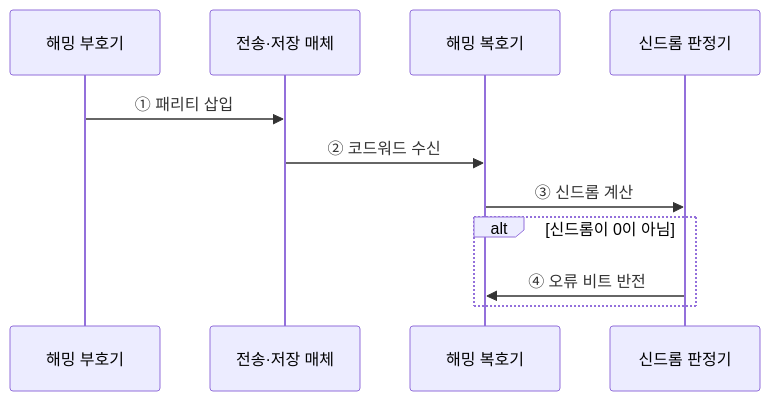
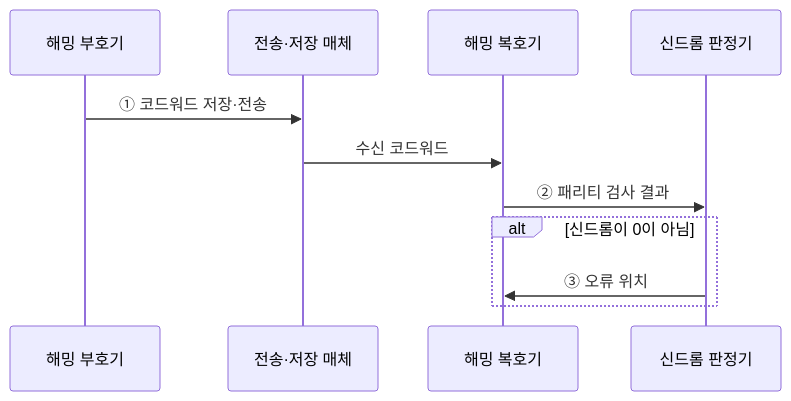
One commit to agnusdei1207/knowledge-base changed the third of 3 diagrams in src/content/docs/notes/01-basic-theory/028_hamming_code.md. Above: the diagram before and after it, drawn with Mermaid. The commit also changed other lines of this file and 11 other files, not shown here.

````diff
--- a/src/content/docs/notes/01-basic-theory/028_hamming_code.md
+++ b/src/content/docs/notes/01-basic-theory/028_hamming_code.md
@@ -108,13 +91,13 @@
 ```mermaid
 sequenceDiagram
     participant E as 해밍 부호기
     participant M as 전송·저장 매체
     participant D as 해밍 복호기
     participant S as 신드롬 판정기
-    E->>M: ① 패리티 삽입
-    M->>D: ② 코드워드 수신
-    D->>S: ③ 신드롬 계산
+    E->>M: ① 코드워드 저장·전송
+    M->>D: 수신 코드워드
+    D->>S: ② 패리티 검사 결과
     alt 신드롬이 0이 아님
-        S->>D: ④ 오류 비트 반전
+        S->>D: ③ 오류 위치
     end
 ```
````
